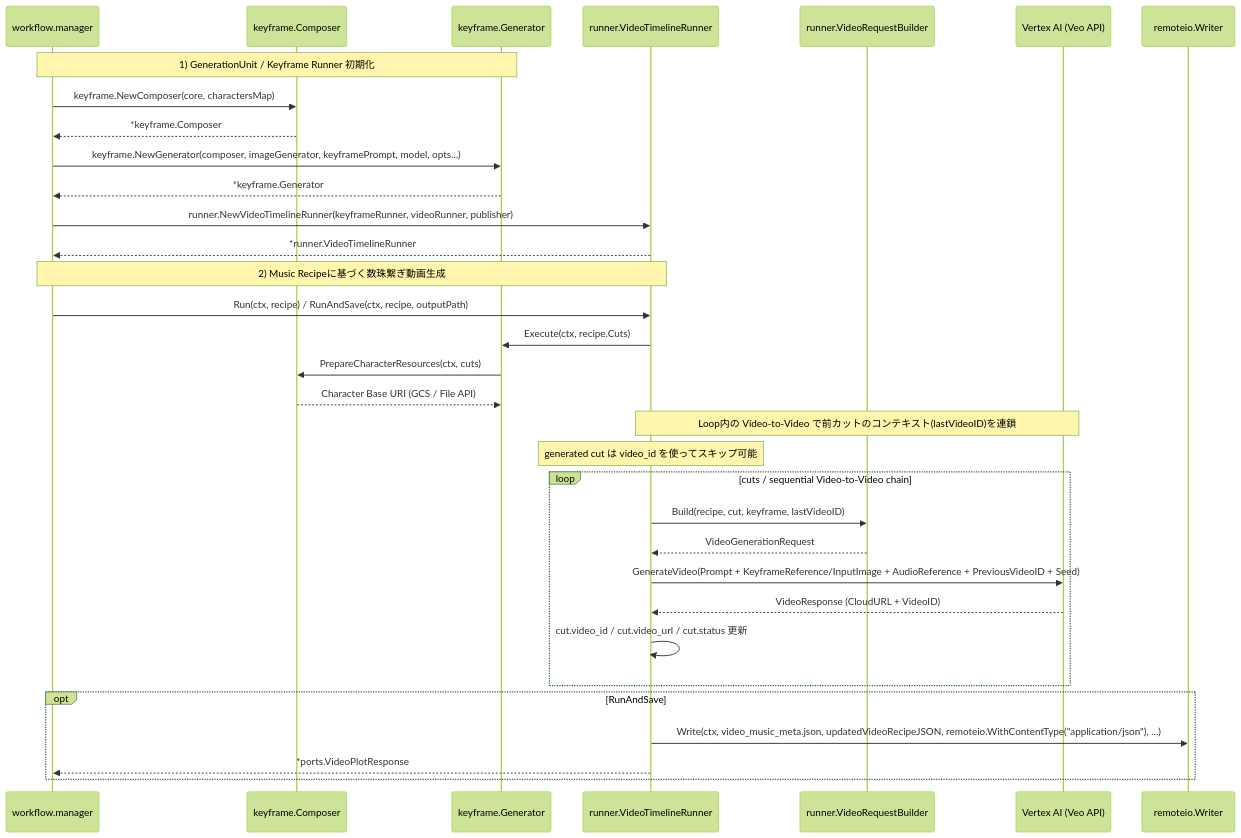
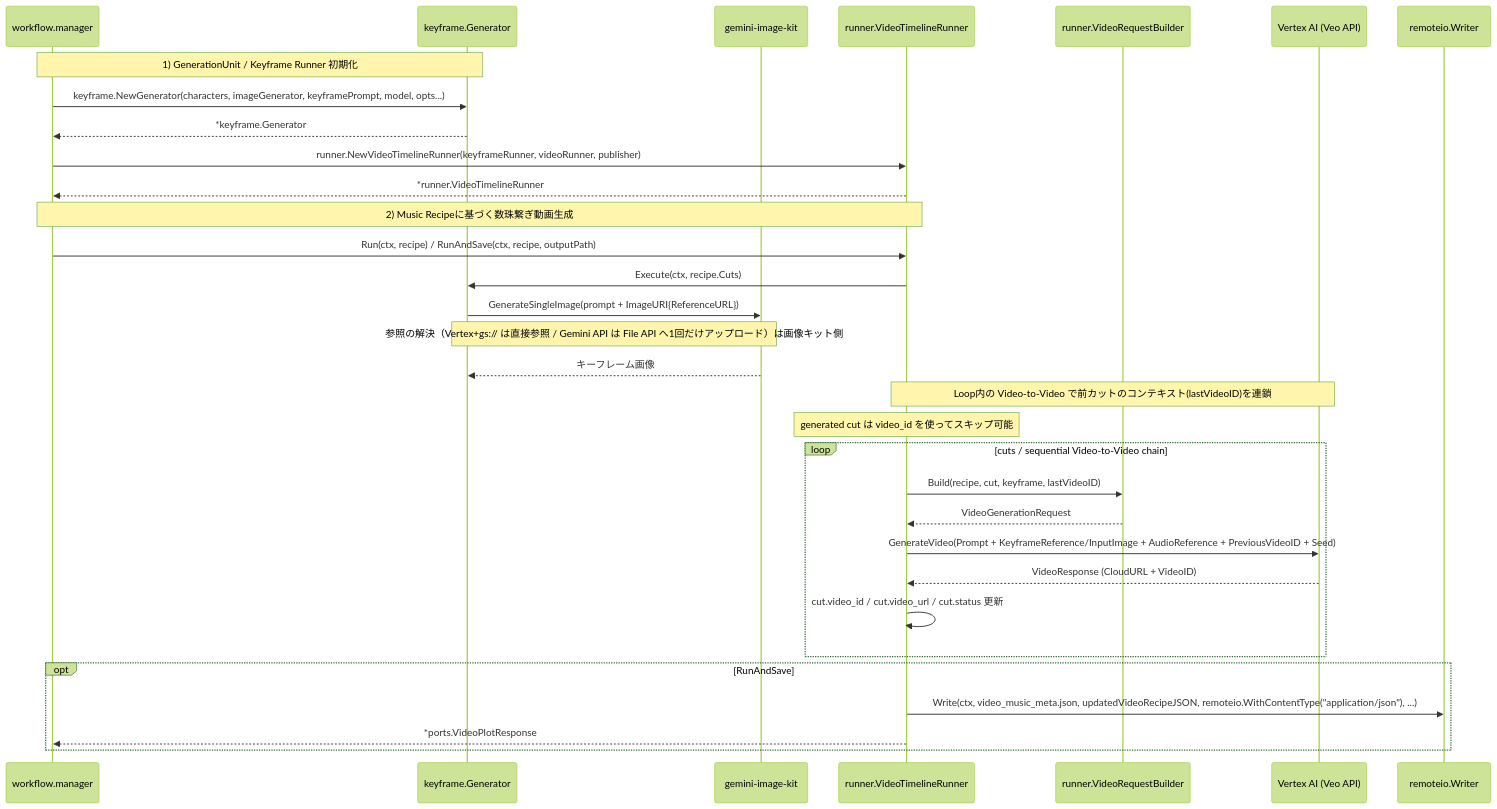
The diagram in README.md (shouni/go-veo-orchestrator), drawn with Mermaid (forest theme) before and after one commit. The commit also changed other lines of this file, not shown here.

First line of the commit message:
Audit the README against the API

````diff
--- a/README.md
+++ b/README.md
@@ -352,41 +423,40 @@
 ```mermaid
 sequenceDiagram
   participant WF as workflow.manager
-  participant Composer as keyframe.Composer
   participant KeyframeGen as keyframe.Generator
+  participant ImageKit as gemini-image-kit
   participant Timeline as runner.VideoTimelineRunner
   participant Builder as runner.VideoRequestBuilder
   participant VeoAPI as Vertex AI (Veo API)
   participant Writer as remoteio.Writer
 
   Note over WF,KeyframeGen: 1) GenerationUnit / Keyframe Runner 初期化
-  WF->>Composer: keyframe.NewComposer(core, charactersMap)
-  Composer-->>WF: *keyframe.Composer
-  WF->>KeyframeGen: keyframe.NewGenerator(composer, imageGenerator, keyframePrompt, model, opts...)
+  WF->>KeyframeGen: keyframe.NewGenerator(characters, imageGenerator, keyframePrompt, model, opts...)
   KeyframeGen-->>WF: *keyframe.Generator
   WF->>Timeline: runner.NewVideoTimelineRunner(keyframeRunner, videoRunner, publisher)
   Timeline-->>WF: *runner.VideoTimelineRunner
 
   Note over WF,Timeline: 2) Music Recipeに基づく数珠繋ぎ動画生成
   WF->>Timeline: Run(ctx, recipe) / RunAndSave(ctx, recipe, outputPath)
   Timeline->>KeyframeGen: Execute(ctx, recipe.Cuts)
-  KeyframeGen->>Composer: PrepareCharacterResources(ctx, cuts)
-  Composer-->>KeyframeGen: Character Base URI (GCS / File API)
+  KeyframeGen->>ImageKit: GenerateSingleImage(prompt + ImageURI{ReferenceURL})
+  Note over KeyframeGen,ImageKit: 参照の解決（Vertex+gs:// は直接参照 / Gemini API は File API へ1回だけアップロード）は画像キット側
+  ImageKit-->>KeyframeGen: キーフレーム画像
 
   Note over Timeline,VeoAPI: Loop内の Video-to-Video で前カットのコンテキスト(lastVideoID)を連鎖
   Note over Timeline: generated cut は video_id を使ってスキップ可能
 
   loop cuts / sequential Video-to-Video chain
     Timeline->>Builder: Build(recipe, cut, keyframe, lastVideoID)
     Builder-->>Timeline: VideoGenerationRequest
     Timeline->>VeoAPI: GenerateVideo(Prompt + KeyframeReference/InputImage + AudioReference + PreviousVideoID + Seed)
     VeoAPI-->>Timeline: VideoResponse (CloudURL + VideoID)
     Timeline->>Timeline: cut.video_id / cut.video_url / cut.status 更新
   end
 
   opt RunAndSave
     Timeline->>Writer: Write(ctx, video_music_meta.json, updatedVideoRecipeJSON, remoteio.WithContentType("application/json"), ...)
     Timeline-->>WF: *ports.VideoPlotResponse
   end
 
 ```
````
